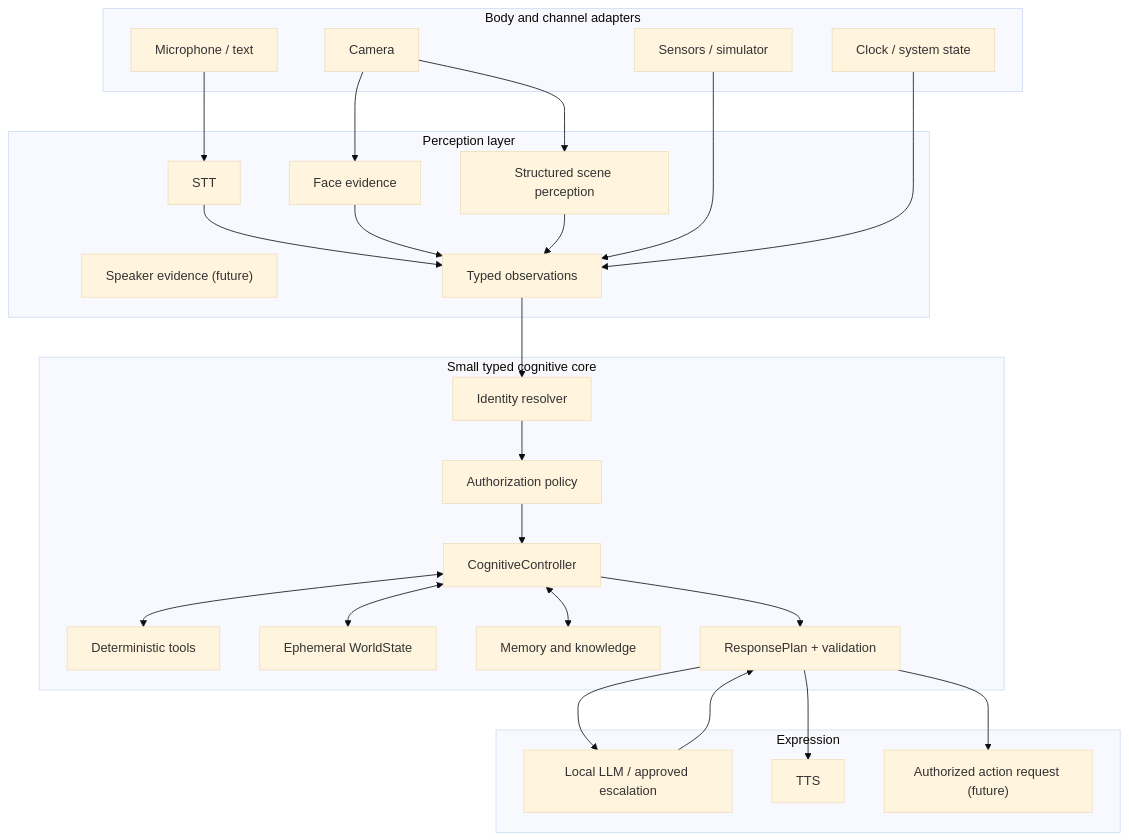
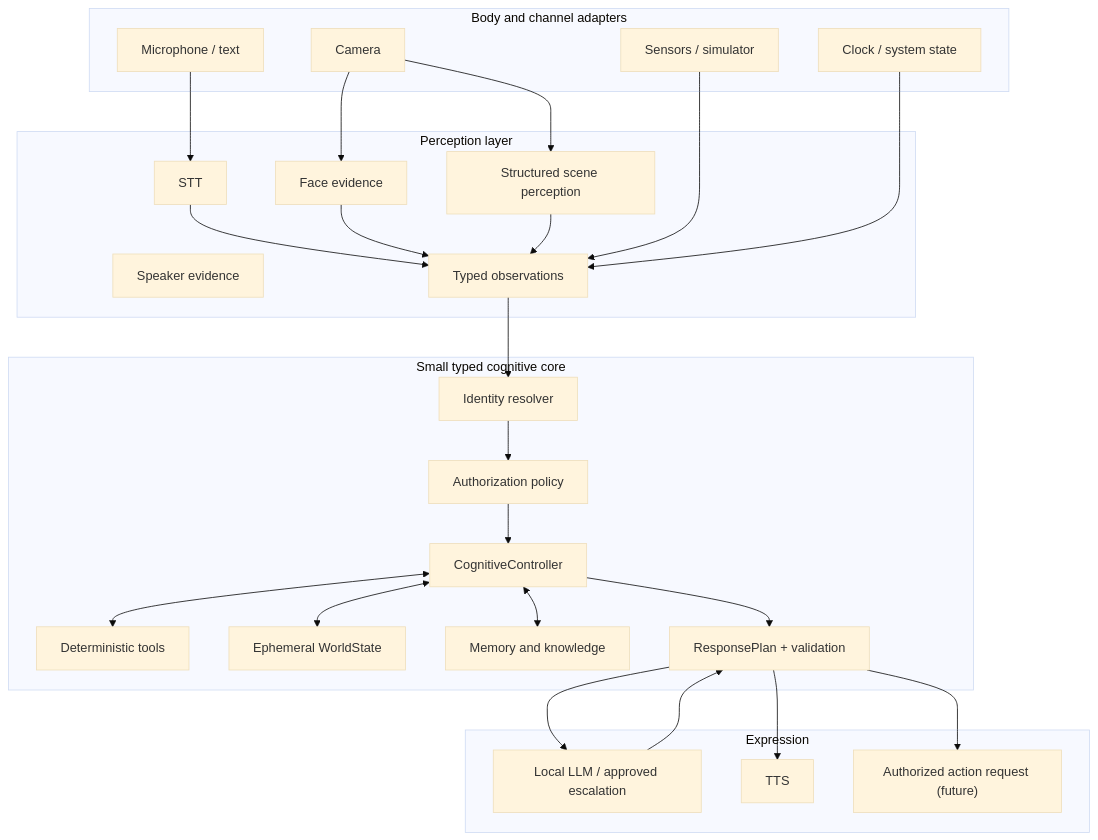
Before and after one commit to pipec80/irokorobot: the diagram in docs/architecture/cognitive-architecture.md, drawn with Mermaid (base theme). The commit also changed other lines of this file and 1 other file, not shown here.

````diff
--- a/docs/architecture/cognitive-architecture.md
+++ b/docs/architecture/cognitive-architecture.md
@@ -100,50 +100,50 @@
 ```mermaid
 flowchart TB
     subgraph BODY["Body and channel adapters"]
         MIC["Microphone / text"]
         CAM["Camera"]
         SENSOR["Sensors / simulator"]
         SYSTEM["Clock / system state"]
     end
 
     subgraph PERCEPTION["Perception layer"]
         STT["STT"]
         FACE["Face evidence"]
-        VOICE["Speaker evidence (future)"]
+        VOICE["Speaker evidence"]
         SCENE["Structured scene perception"]
         NORMALIZE["Typed observations"]
     end
 
     subgraph COGNITION["Small typed cognitive core"]
         IDENTITY["Identity resolver"]
         POLICY["Authorization policy"]
         CONTROLLER["CognitiveController"]
         TOOLS["Deterministic tools"]
         WORLD["Ephemeral WorldState"]
         MEMORY["Memory and knowledge"]
         PLAN["ResponsePlan + validation"]
     end
 
     subgraph GENERATION["Expression"]
         LLM["Local LLM / approved escalation"]
         TTS["TTS"]
         ACTION["Authorized action request (future)"]
     end
 
     MIC --> STT --> NORMALIZE
     CAM --> FACE --> NORMALIZE
     CAM --> SCENE --> NORMALIZE
     SENSOR --> NORMALIZE
     SYSTEM --> NORMALIZE
     NORMALIZE --> IDENTITY
     IDENTITY --> POLICY
     POLICY --> CONTROLLER
     CONTROLLER <--> TOOLS
     CONTROLLER <--> WORLD
     CONTROLLER <--> MEMORY
     CONTROLLER --> PLAN
     PLAN --> LLM
     LLM --> PLAN
     PLAN --> TTS
     PLAN --> ACTION
 ```
````
